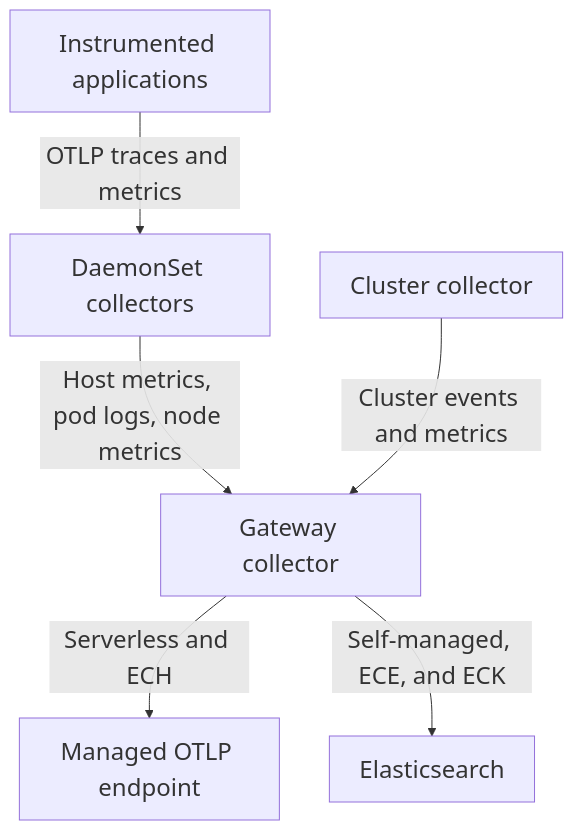
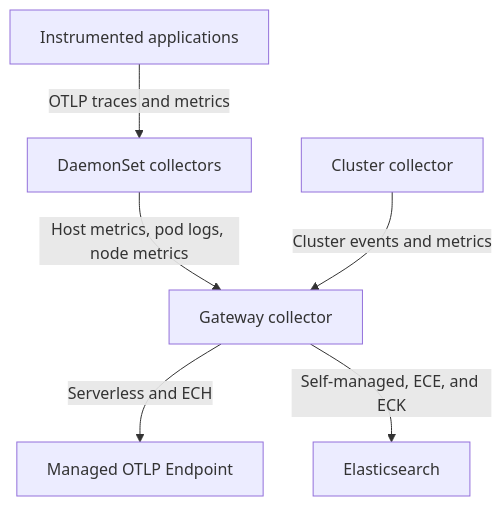
Before and after one commit to elastic/docs-content: the diagram in solutions/observability/get-started/opentelemetry/use-cases/kubernetes/collector-custom-resource.md, drawn with Mermaid. The commit also changed other lines of this file, not shown here.

````diff
--- a/solutions/observability/get-started/opentelemetry/use-cases/kubernetes/collector-custom-resource.md
+++ b/solutions/observability/get-started/opentelemetry/use-cases/kubernetes/collector-custom-resource.md
@@ -39,16 +40,15 @@
 ```mermaid
-%%{init: {"themeVariables": {"fontSize": "24px"}}}%%
 flowchart TB
     apps[Instrumented applications]
     daemon[DaemonSet collectors]
     cluster[Cluster collector]
     gateway[Gateway collector]
-    otlp[Managed OTLP endpoint]
+    otlp[Managed OTLP Endpoint]
     es[Elasticsearch]
 
     apps -->|OTLP traces and metrics| daemon
     daemon -->|Host metrics, pod logs, node metrics| gateway
     cluster -->|Cluster events and metrics| gateway
     gateway -->|Serverless and ECH| otlp
     gateway -->|Self-managed, ECE, and ECK| es
 ```
````
